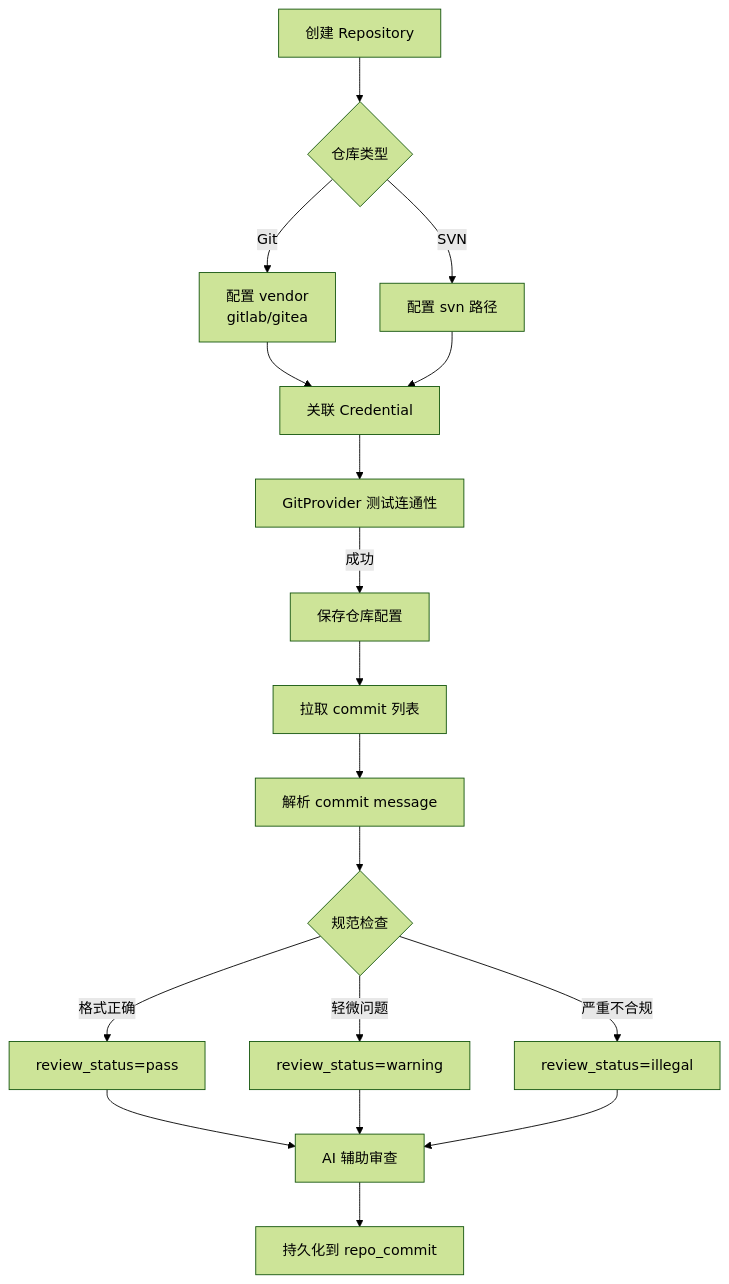
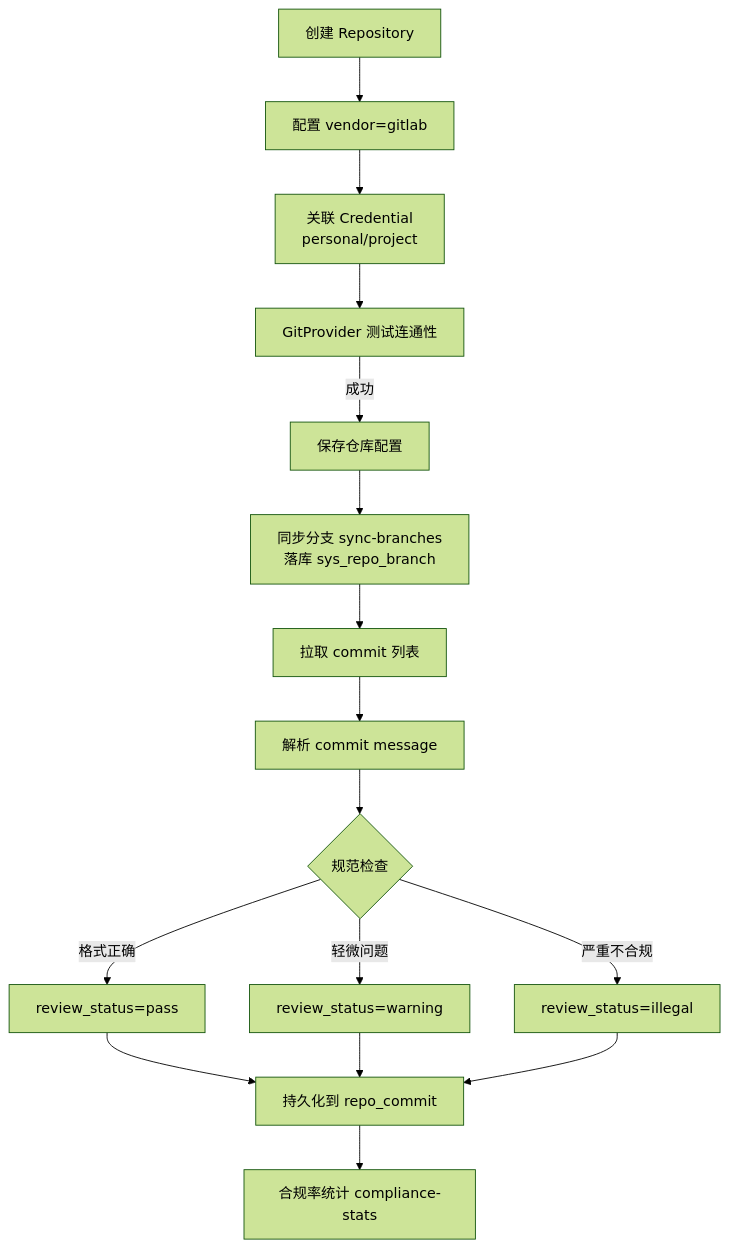
The fifth of 17 diagrams in docs/business-process-analysis.md (qingxiaoyuan/trace-ship), drawn with Mermaid (forest theme) before and after one commit. The commit also changed other lines of this file and 8 other files, not shown here.

````diff
--- a/docs/business-process-analysis.md
+++ b/docs/business-process-analysis.md
@@ -143,20 +172,18 @@
 ```mermaid
 flowchart TD
-    A[创建 Repository] --> B{仓库类型}
-    B -->|Git| C[配置 vendor<br/>gitlab/gitea]
-    B -->|SVN| D[配置 svn 路径]
-    C --> E[关联 Credential]
-    D --> E
+    A[创建 Repository] --> B[配置 vendor=gitlab]
+    B --> E[关联 Credential<br/>personal/project]
     E --> F[GitProvider 测试连通性]
     F -->|成功| G[保存仓库配置]
-    G --> H[拉取 commit 列表]
+    G --> G2[同步分支 sync-branches<br/>落库 sys_repo_branch]
+    G2 --> H[拉取 commit 列表]
     H --> I[解析 commit message]
     I --> J{规范检查}
     J -->|格式正确| K[review_status=pass]
     J -->|轻微问题| L[review_status=warning]
     J -->|严重不合规| M[review_status=illegal]
-    K --> N[AI 辅助审查]
-    L --> N
-    M --> N
-    N --> O[持久化到 repo_commit]
+    K --> O[持久化到 repo_commit]
+    L --> O
+    M --> O
+    O --> P[合规率统计 compliance-stats]
 ```
````
